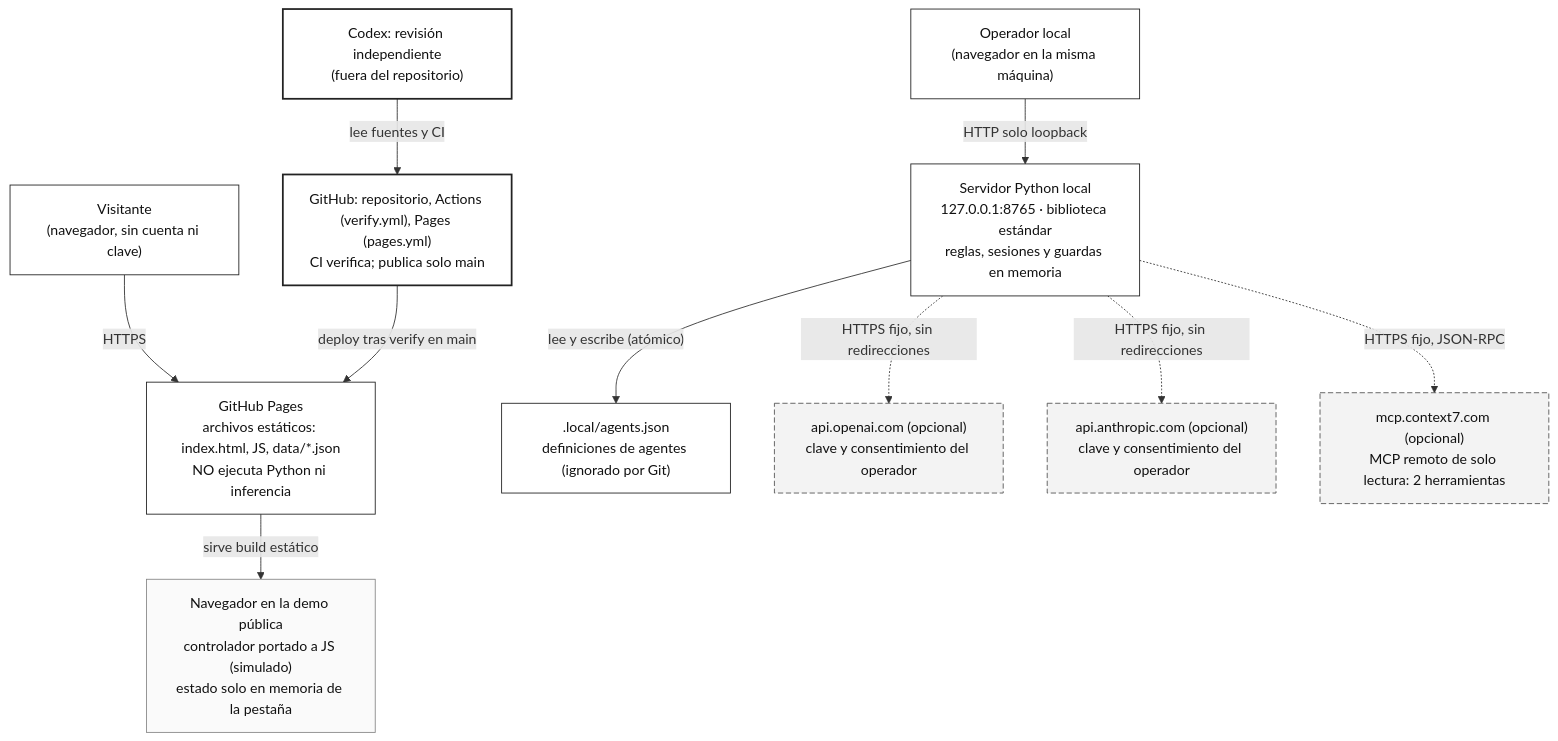
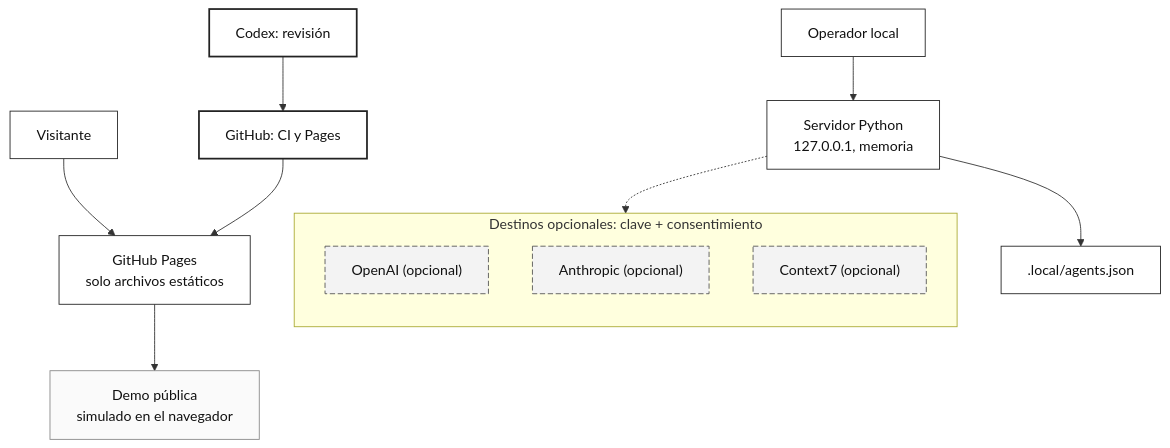
Before and after one commit to marcodiazleon/ai-implementation-lab: the first of 3 diagrams in docs/book/02-arquitectura.md, drawn with Mermaid. The commit also changed other lines of this file and 11 other files, not shown here.

First line of the commit message:
U22 after the second review of 55197be: every diagram laid out for a phone

````diff
--- a/docs/book/02-arquitectura.md
+++ b/docs/book/02-arquitectura.md
@@ -9,29 +9,20 @@
 ```mermaid
 flowchart TB
   classDef ok fill:#ffffff,stroke:#222,color:#111
   classDef opt fill:#f3f3f3,stroke:#555,stroke-dasharray:6 3,color:#111
   classDef sim fill:#fafafa,stroke:#888,color:#111
   classDef ext fill:#ffffff,stroke:#222,stroke-width:2px,color:#111
-
-  V["Visitante<br/>(navegador, sin cuenta ni clave)"]:::ok
-  O["Operador local<br/>(navegador en la misma máquina)"]:::ok
-  P["GitHub Pages<br/>archivos estáticos: index.html, JS, data/*.json<br/>NO ejecuta Python ni inferencia"]:::ok
-  B1["Navegador en la demo pública<br/>controlador portado a JS (simulado)<br/>estado solo en memoria de la pestaña"]:::sim
-  S["Servidor Python local<br/>127.0.0.1:8765 · biblioteca estándar<br/>reglas, sesiones y guardas en memoria"]:::ok
-  L[".local/agents.json<br/>definiciones de agentes (ignorado por Git)"]:::ok
-  OA["api.openai.com (opcional)<br/>clave y consentimiento del operador"]:::opt
-  AN["api.anthropic.com (opcional)<br/>clave y consentimiento del operador"]:::opt
-  C7["mcp.context7.com (opcional)<br/>MCP remoto de solo lectura: 2 herramientas"]:::opt
-  G["GitHub: repositorio, Actions (verify.yml), Pages (pages.yml)<br/>CI verifica; publica solo main"]:::ext
-  CX["Codex: revisión independiente<br/>(fuera del repositorio)"]:::ext
-
-  V -->|"HTTPS"| P
-  P -->|"sirve build estático"| B1
-  O -->|"HTTP solo loopback"| S
-  S -->|"lee y escribe (atómico)"| L
-  S -.->|"HTTPS fijo, sin redirecciones"| OA
-  S -.->|"HTTPS fijo, sin redirecciones"| AN
-  S -.->|"HTTPS fijo, JSON-RPC"| C7
-  G -->|"deploy tras verify en main"| P
-  CX -->|"lee fuentes y CI"| G
+  V["Visitante"]:::ok --> P["GitHub Pages<br/>solo archivos estáticos"]:::ok
+  P --> B1["Demo pública<br/>simulado en el navegador"]:::sim
+  G["GitHub: CI y Pages"]:::ext --> P
+  CX["Codex: revisión"]:::ext --> G
+  O["Operador local"]:::ok --> S["Servidor Python<br/>127.0.0.1, memoria"]:::ok
+  S --> L[".local/agents.json"]:::ok
+  subgraph OPT["Destinos opcionales: clave + consentimiento"]
+    direction TB
+    OA["OpenAI (opcional)"]:::opt
+    AN["Anthropic (opcional)"]:::opt
+    C7["Context7 (opcional)"]:::opt
+  end
+  S -.-> OPT
 ```
````
